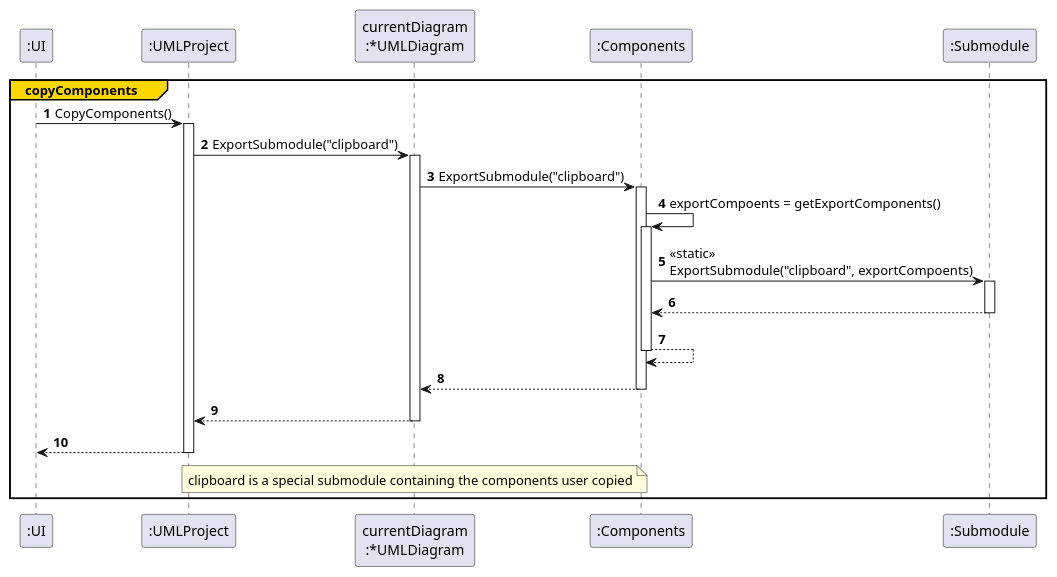
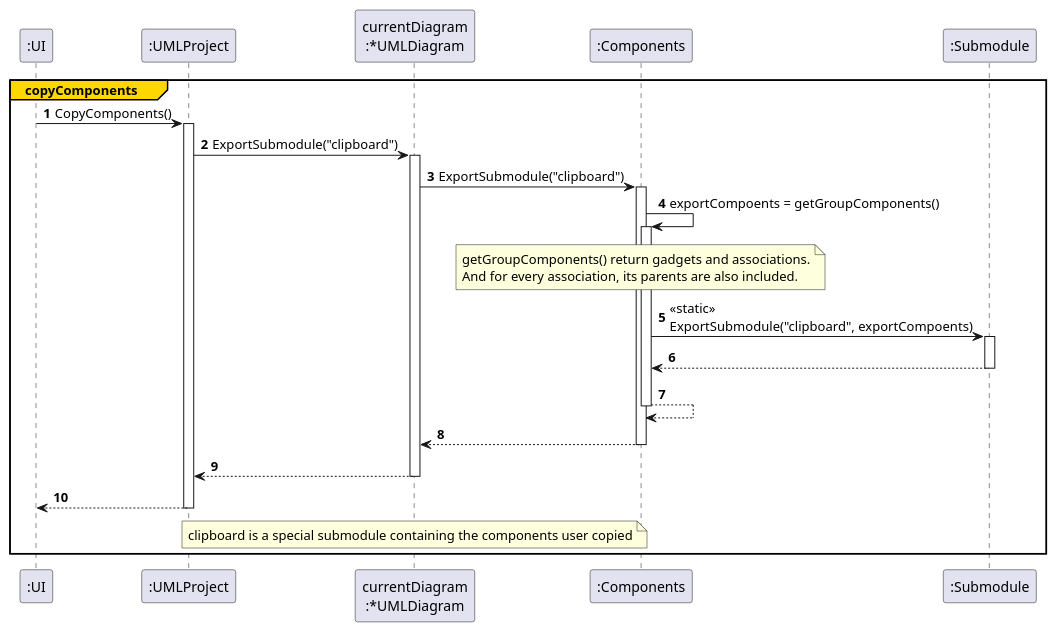
Before and after one commit to Vghxv/Dr.UML__________________: the eighth of 17 diagrams in docs/graphs/ssd.iuml, drawn with PlantUML. The commit also changed other lines of this file and 4 other files, not shown here.

```diff
--- a/docs/graphs/ssd.iuml
+++ b/docs/graphs/ssd.iuml
@@ -143,17 +169,18 @@
 @startuml
 autonumber
 autoactivate on
 group#gold #white copyComponents
     ":UI" -> ":UMLProject": CopyComponents()
     ":UMLProject" -> "currentDiagram\n:*UMLDiagram": ExportSubmodule("clipboard")
     "currentDiagram\n:*UMLDiagram" -> ":Components": ExportSubmodule("clipboard")
-    ":Components" -> ":Components": exportCompoents = getExportComponents()
+    ":Components" -> ":Components": exportCompoents = getGroupComponents()
+    note over ":Components": getGroupComponents() return gadgets and associations.\nAnd for every association, its parents are also included.
     ":Components" -> ":Submodule":  <<static>>\nExportSubmodule("clipboard", exportCompoents)
     return
     return
     return
     return
     return
     note over "currentDiagram\n:*UMLDiagram": clipboard is a special submodule containing the components user copied
 end copyComponents
 @enduml
```
